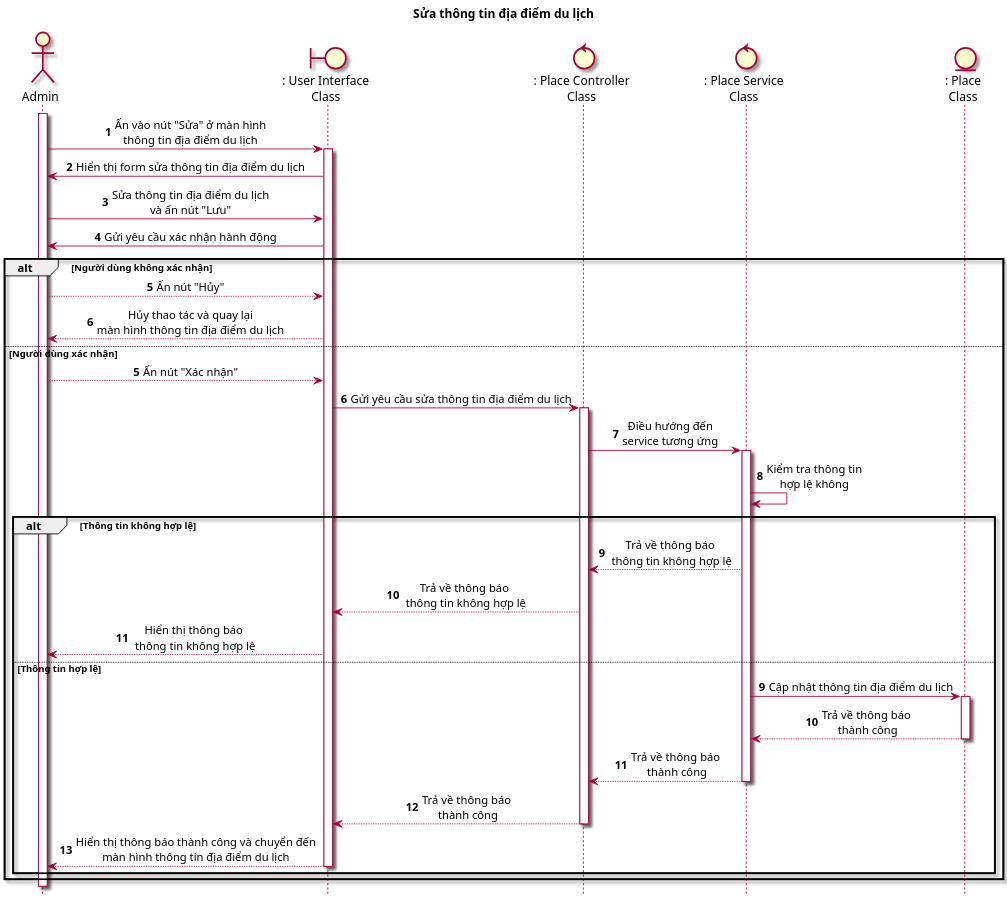
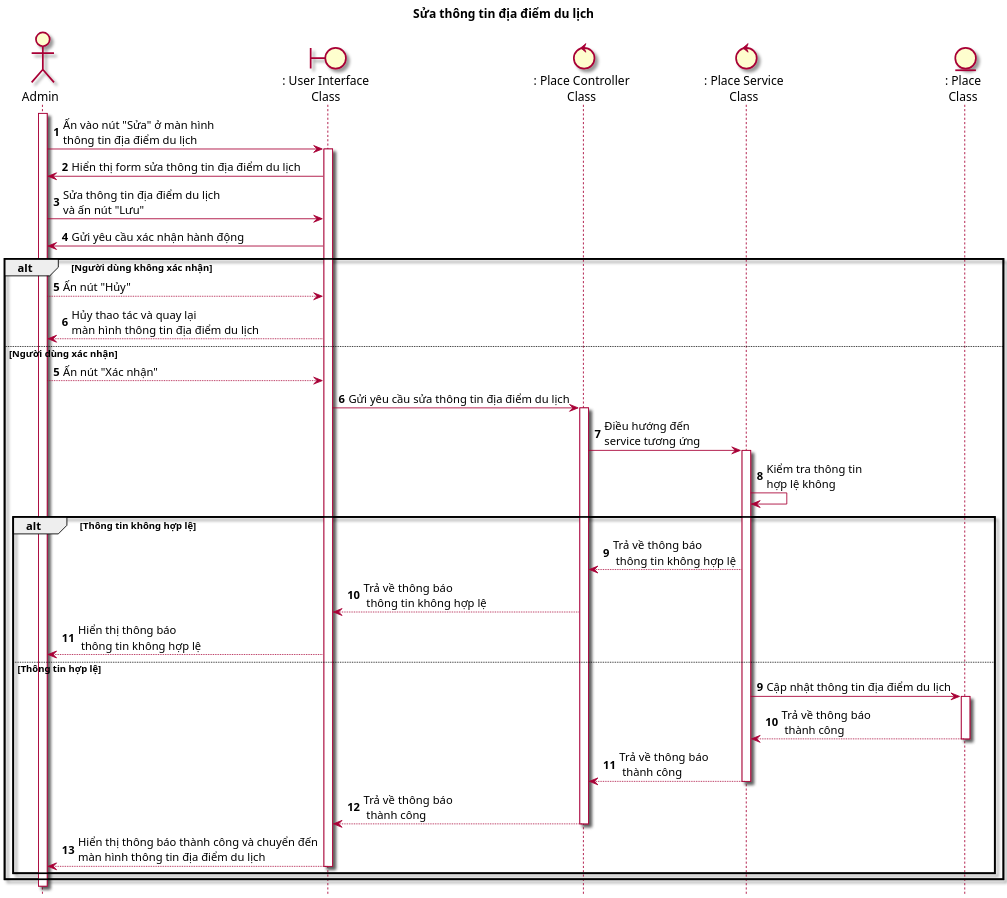
The diagram in Sequence/SEQ13_UpdatePlace.puml (Griselda4774/WanderFun_Diagram), drawn with PlantUML before and after one commit. The commit also changed 16 other files, not shown here.

Commit message:
Reformatting all Seq Diagram

```diff
--- a/Sequence/SEQ13_UpdatePlace.puml
+++ b/Sequence/SEQ13_UpdatePlace.puml
@@ -1,45 +1,44 @@
 @startuml UpdatePlace
 
     title Sửa thông tin địa điểm du lịch
 
     skin rose
     scale 2
-    skinparam sequenceMessageAlign center
     hide footbox
 
     actor Admin as ad
     boundary ": User Interface\nClass" as ui
     control ": Place Controller\nClass" as uc
     control ": Place Service\nClass" as us
     entity ": Place\nClass" as u
 
     autonumber
     ad++
     ad -> ui++ : Ấn vào nút "Sửa" ở màn hình\nthông tin địa điểm du lịch
     ui -> ad : Hiển thị form sửa thông tin địa điểm du lịch
     ad -> ui : Sửa thông tin địa điểm du lịch\nvà ấn nút "Lưu"
     ui -> ad : Gửi yêu cầu xác nhận hành động
     alt Người dùng không xác nhận
         ad --> ui : Ấn nút "Hủy"
         ui --> ad : Hủy thao tác và quay lại\nmàn hình thông tin địa điểm du lịch
     else Người dùng xác nhận
         autonumber 5
         ad --> ui: Ấn nút "Xác nhận"
         ui -> uc++ : Gửi yêu cầu sửa thông tin địa điểm du lịch
         uc -> us++ : Điều hướng đến\nservice tương ứng
         us -> us : Kiểm tra thông tin\nhợp lệ không
         alt Thông tin không hợp lệ
             us --> uc : Trả về thông báo\n thông tin không hợp lệ
             uc --> ui : Trả về thông báo\n thông tin không hợp lệ
             ui --> ad : Hiển thị thông báo\n thông tin không hợp lệ
         else Thông tin hợp lệ
             autonumber 9
             us -> u++ : Cập nhật thông tin địa điểm du lịch
             u --> us-- : Trả về thông báo\n thành công
             us --> uc-- : Trả về thông báo\n thành công
             uc --> ui-- : Trả về thông báo\n thành công
             ui --> ad-- : Hiển thị thông báo thành công và chuyển đến\nmàn hình thông tin địa điểm du lịch
         end
     end
 
 @enduml
```
